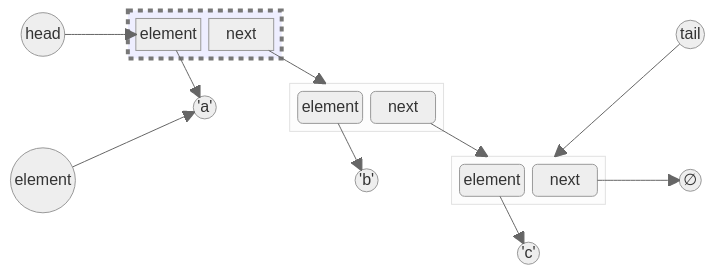
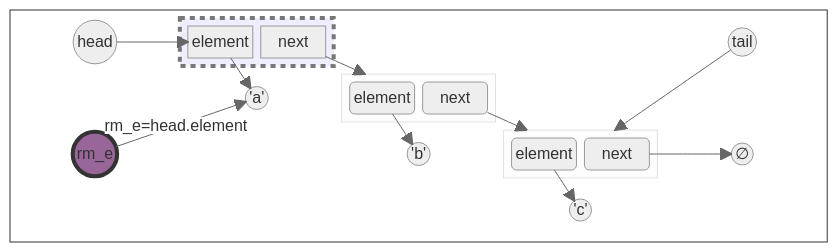
Before and after one commit to ruslylove/datastruct: the ninth of 12 diagrams in lectures/lect-3-Singly-Linked-List.md, drawn with Mermaid (neutral theme). The commit also changed other lines of this file and 1 other file, not shown here.

Commit message:
update linked list diagram

````diff
--- a/lectures/lect-3-Singly-Linked-List.md
+++ b/lectures/lect-3-Singly-Linked-List.md
@@ -578,57 +608,61 @@
-```mermaid {scale:0.55}
+```mermaid {scale:0.56}
 
 block-beta
-
+    block:border
     columns 5
 
     head
 
     block:node1
         element
         next
     end
 
     space
     space
     tail(("tail"))
     space
     A(("'a'"))
     
     block:node2
         element2("element")
         next2("next")
     end
 
     space
     space
-    remove(("element"))
+    remove(("rm_e"))
     space
     B(("'b'"))
 
     block:node3
         element3("element")
         next3("next")
     end
     
     null
 
     space
     space
     space
     
     C(("'c'"))
+    end
 
     next --> node2
     next2 --> node3
     next3 --> null(("∅"))
     head(("head")) --> element
     element --> A
     element2 --> B
     element3 --> C
     tail --> node3
-    remove --> A
+    remove --"rm_e=head.element"--> A
 
     style node1 stroke-dasharray: 5 5,stroke-width:4,stroke:#777,fill:#eef
+    style border fill:#fff,stroke:#333
+    style remove fill:#969,stroke:#333,stroke-width:4px
+
 
 
 ```
````
